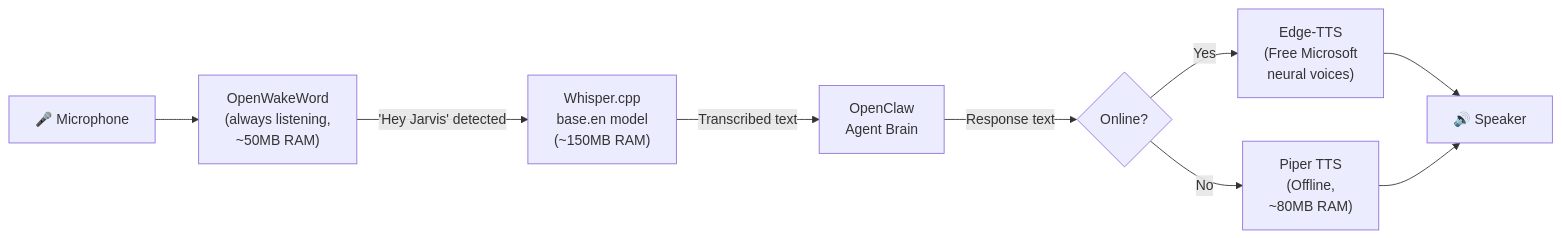
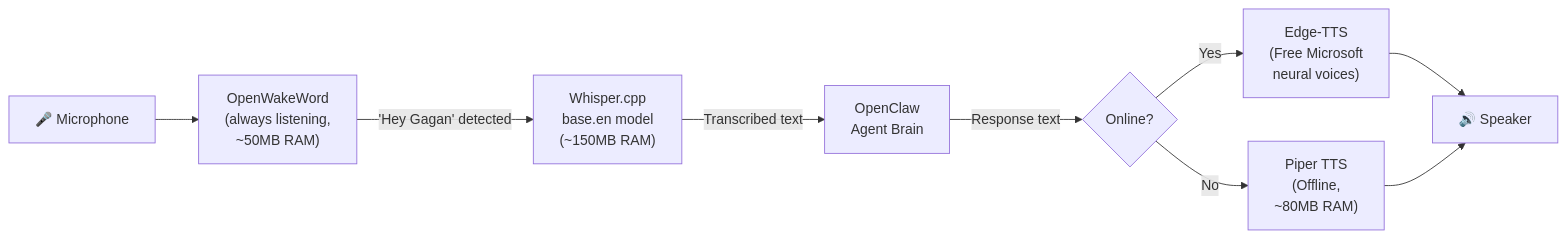
One commit to gagansokhal-coder/Jarvis changed the second of 8 diagrams in JARVIS-AI-Strategy.md. Above: the diagram before and after it, drawn with Mermaid. The commit also changed other lines of this file and 1 other file, not shown here.

Commit message:
docs: align strategy roadmap and memory to Gagan AI assistant identity

````diff
--- a/JARVIS-AI-Strategy.md
+++ b/JARVIS-AI-Strategy.md
@@ -202,11 +202,11 @@
 ```mermaid
 flowchart LR
     A["🎤 Microphone"] --> B["OpenWakeWord\n(always listening,\n~50MB RAM)"]
-    B -->|"'Hey Jarvis' detected"| C["Whisper.cpp\nbase.en model\n(~150MB RAM)"]
+    B -->|"'Hey Gagan' detected"| C["Whisper.cpp\nbase.en model\n(~150MB RAM)"]
     C -->|"Transcribed text"| D["OpenClaw\nAgent Brain"]
     D -->|"Response text"| E{"Online?"}
     E -->|"Yes"| F["Edge-TTS\n(Free Microsoft\nneural voices)"]
     E -->|"No"| G["Piper TTS\n(Offline,\n~80MB RAM)"]
     F --> H["🔊 Speaker"]
     G --> H
 ```
````
